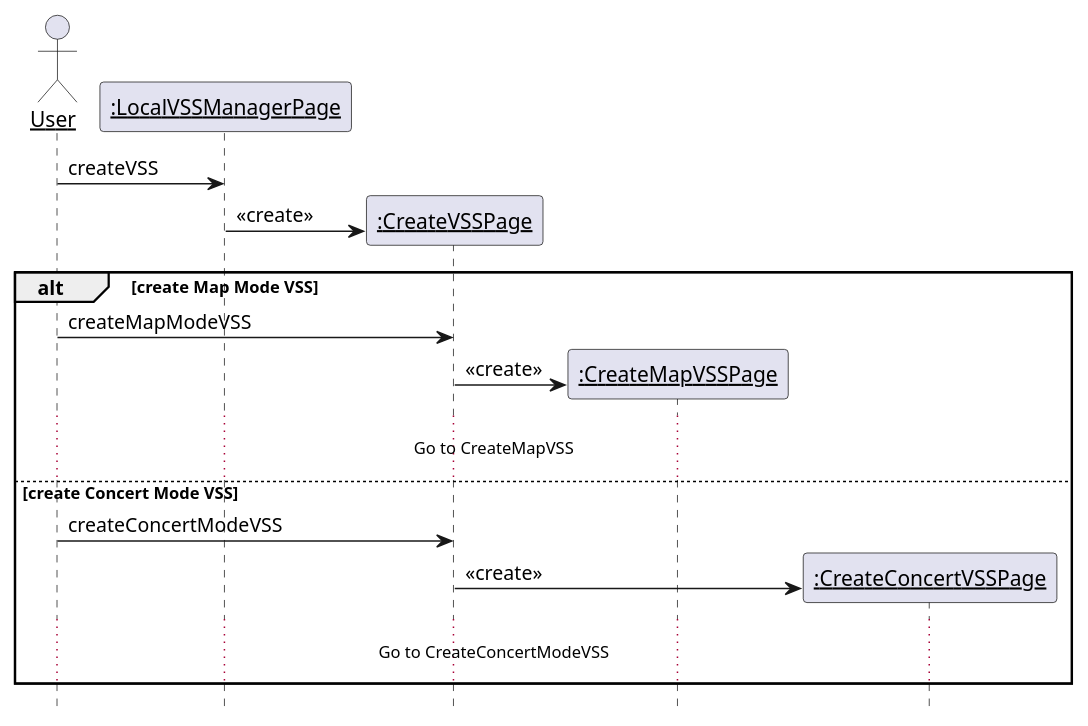
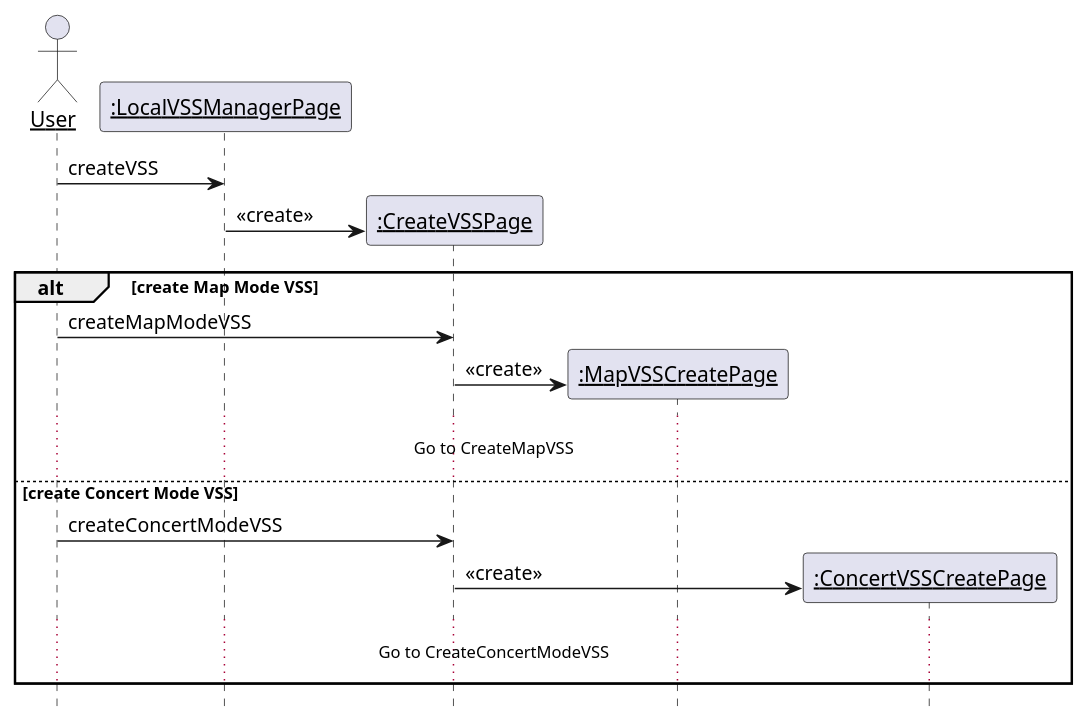
The fourth of 21 diagrams in 需求定义和分析/SeqDiagram.md (kpp19920121/doc), drawn with PlantUML before and after one commit. The commit also changed other lines of this file and 22 other files, not shown here.

````diff
--- a/需求定义和分析/SeqDiagram.md
+++ b/需求定义和分析/SeqDiagram.md
@@ -190,28 +232,28 @@
 ```PlantUML
 @startuml CreateVSS
 hide footbox
 skinparam sequenceParticipant underline
 
 actor User as user
 participant ":LocalVSSManagerPage" as manage
 participant ":CreateVSSPage" as page
-participant ":CreateMapVSSPage" as map
-participant ":CreateConcertVSSPage" as concert
+participant ":MapVSSCreatePage" as map
+participant ":ConcertVSSCreatePage" as concert
 
 user -> manage: createVSS
 create page
 manage -> page: <<create>>
 alt create Map Mode VSS
     user -> page: createMapModeVSS
     create map
     page -> map: <<create>>
     ...Go to CreateMapVSS...
 else create Concert Mode VSS
     user -> page: createConcertModeVSS
     create concert
     page -> concert: <<create>>
     ...Go to CreateConcertModeVSS...
 end
 
 @enduml
 ```
````
